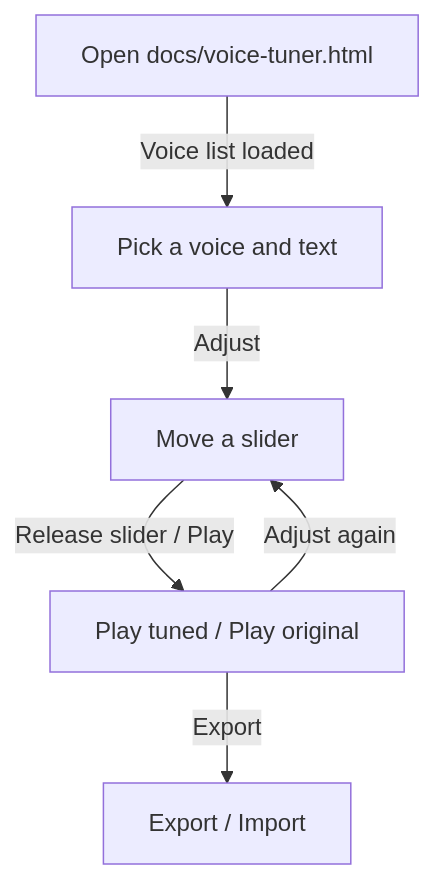
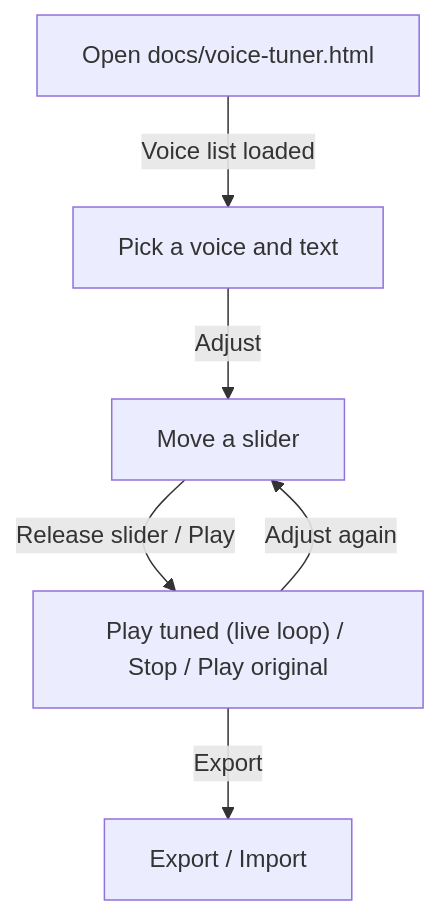
One commit to missionode/lite changed diagram 56 of 57 in docs/app-map/FLOW-REFERENCE.md. Above: the diagram before and after it, drawn with Mermaid. The commit also changed other lines of this file and 6 other files, not shown here.

````diff
--- a/docs/app-map/FLOW-REFERENCE.md
+++ b/docs/app-map/FLOW-REFERENCE.md
@@ -2623,13 +2623,13 @@
 ```mermaid
 flowchart TD
   open["Open docs/voice-tuner.html"]
   pick["Pick a voice and text"]
   tune["Move a slider"]
-  play["Play tuned / Play original"]
+  play["Play tuned (live loop) / Stop / Play original"]
   share["Export / Import"]
   open -->|"Voice list loaded"| pick
   pick -->|"Adjust"| tune
   tune -->|"Release slider / Play"| play
   play -->|"Adjust again"| tune
   play -->|"Export"| share
 ```
````
